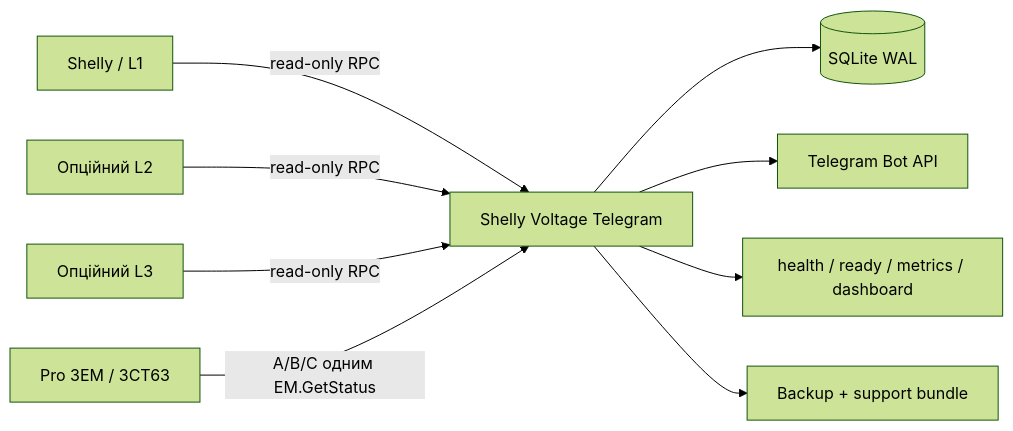
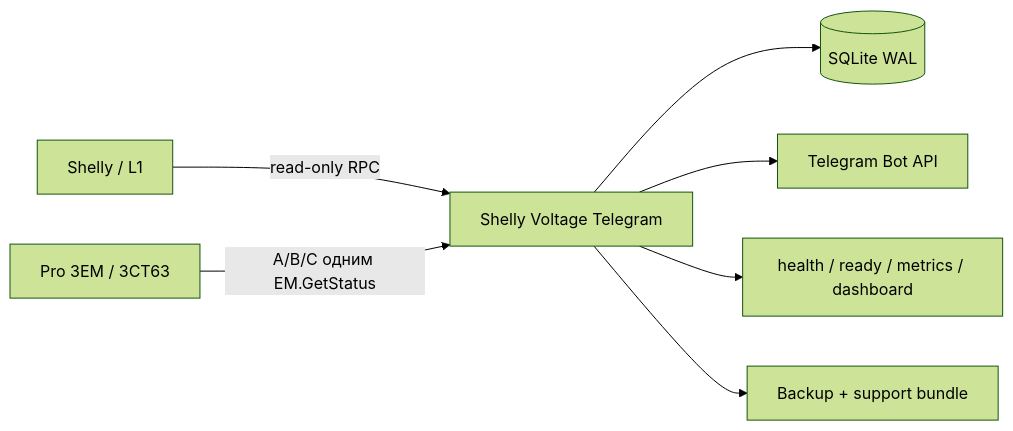
The diagram in README_UA.md (iSentinel/shelly-voltage-telegram), drawn with Mermaid (forest theme) before and after one commit. The commit also changed other lines of this file and 16 other files, not shown here.

````diff
--- a/README_UA.md
+++ b/README_UA.md
@@ -75,11 +82,9 @@
 ```mermaid
 flowchart LR
     S1[Shelly / L1] -->|read-only RPC| BOT["Shelly Voltage Telegram"]
-    S2[Опційний L2] -->|read-only RPC| BOT
-    S3[Опційний L3] -->|read-only RPC| BOT
     P3[Pro 3EM / 3CT63] -->|A/B/C одним EM.GetStatus| BOT
     BOT --> DB[("SQLite WAL")]
     BOT --> TG["Telegram Bot API"]
     BOT --> HTTP["health / ready / metrics / dashboard"]
     BOT --> BK["Backup + support bundle"]
 ```
````
